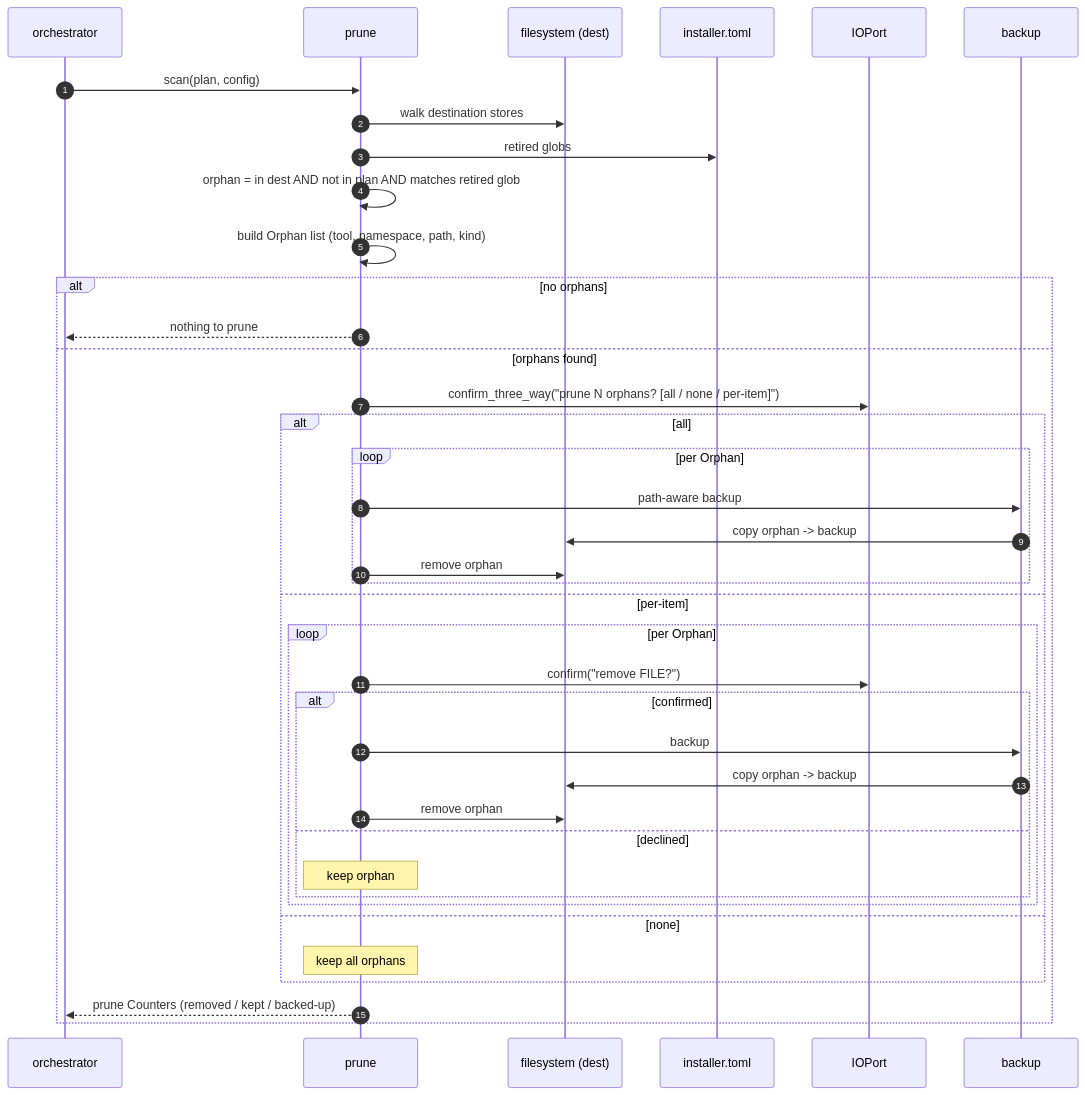
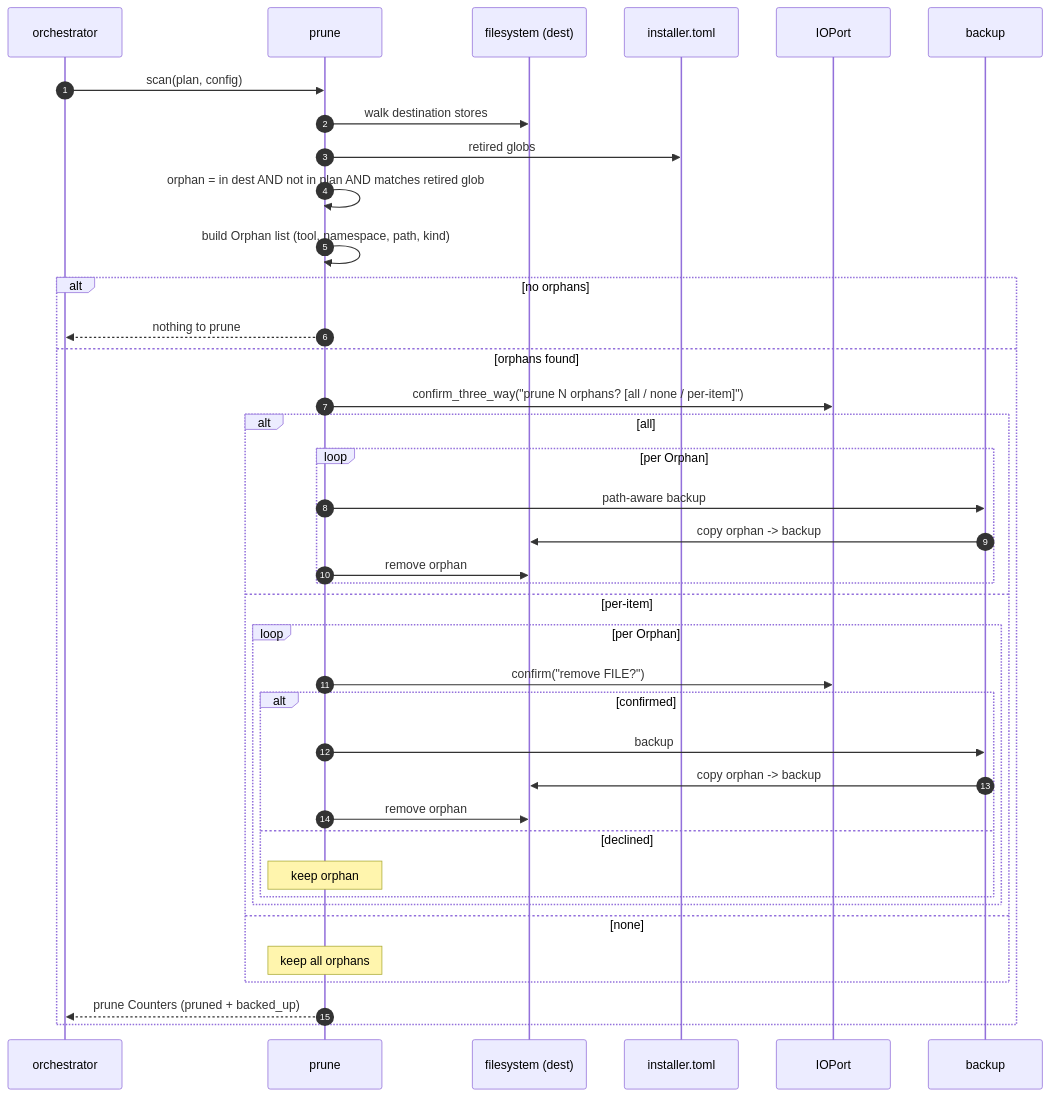
The fourth of 4 diagrams in docs/architecture/installer/sequences.md (scotthamilton77/agents-config), drawn with Mermaid before and after one commit. The commit also changed other lines of this file and 1 other file, not shown here.

First line of the commit message:
fix(installer-hld): align data-view + sequences to implemented model.py (PR #117)

````diff
--- a/docs/architecture/installer/sequences.md
+++ b/docs/architecture/installer/sequences.md
@@ -213,43 +213,43 @@
 ```mermaid
 sequenceDiagram
     autonumber
     participant Orch as orchestrator
     participant Prune as prune
     participant FS as filesystem (dest)
     participant Cfg as installer.toml
     participant IO as IOPort
     participant Bak as backup
 
     Orch->>Prune: scan(plan, config)
     Prune->>FS: walk destination stores
     Prune->>Cfg: retired globs
     Prune->>Prune: orphan = in dest AND not in plan AND matches retired glob
     Prune->>Prune: build Orphan list (tool, namespace, path, kind)
 
     alt no orphans
         Prune-->>Orch: nothing to prune
     else orphans found
         Prune->>IO: confirm_three_way("prune N orphans? [all / none / per-item]")
         alt all
             loop per Orphan
                 Prune->>Bak: path-aware backup
                 Bak->>FS: copy orphan -> backup
                 Prune->>FS: remove orphan
             end
         else per-item
             loop per Orphan
                 Prune->>IO: confirm("remove FILE?")
                 alt confirmed
                     Prune->>Bak: backup
                     Bak->>FS: copy orphan -> backup
                     Prune->>FS: remove orphan
                 else declined
                     Note over Prune: keep orphan
                 end
             end
         else none
             Note over Prune: keep all orphans
         end
-        Prune-->>Orch: prune Counters (removed / kept / backed-up)
+        Prune-->>Orch: prune Counters (pruned + backed_up)
     end
 ```
````
